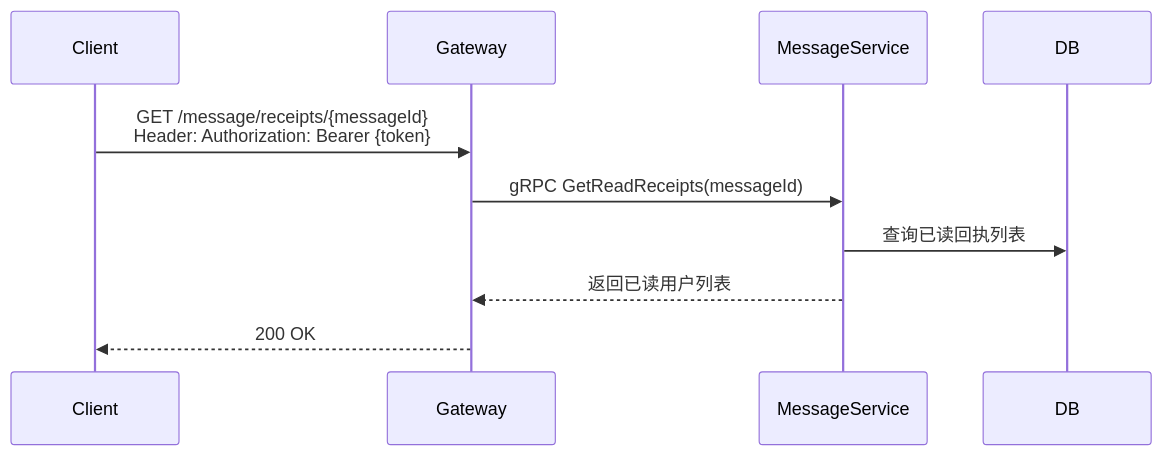
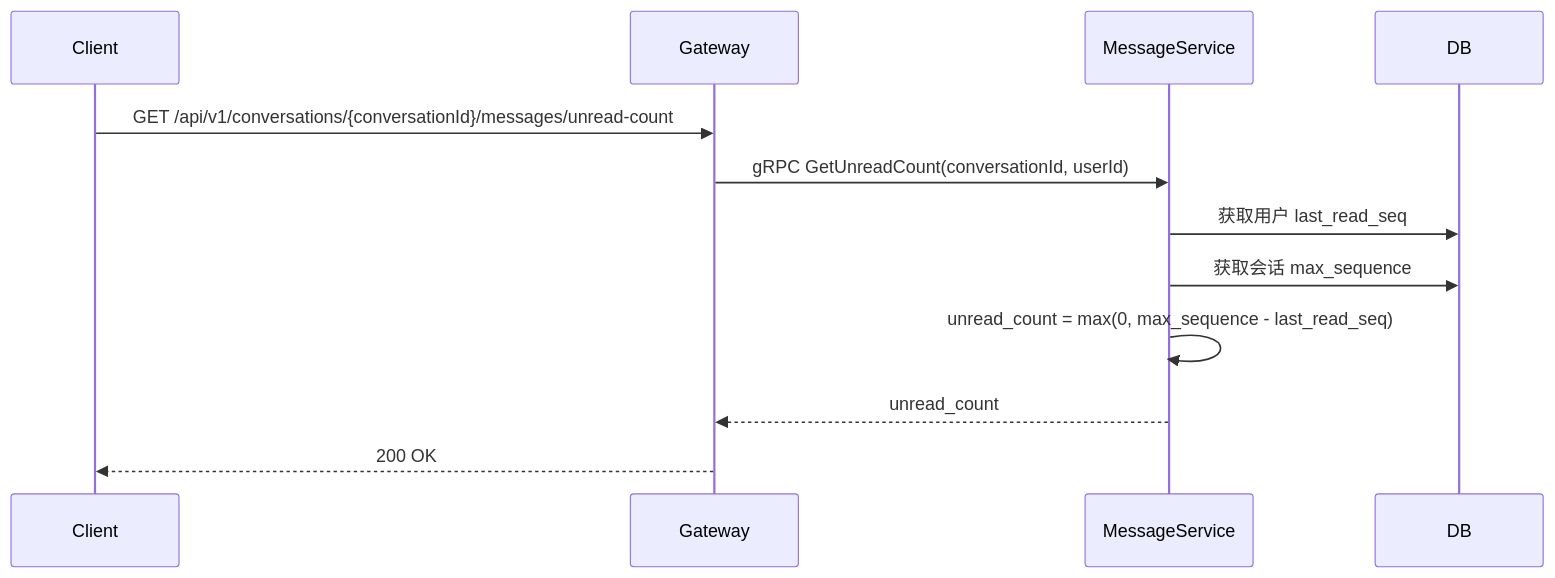
The third of 3 diagrams in docs/design/message/read-receipt.md (anychat-im/anychat-server), drawn with Mermaid before and after one commit. The commit also changed other lines of this file and 6 other files, not shown here.

````diff
--- a/docs/design/message/read-receipt.md
+++ b/docs/design/message/read-receipt.md
@@ -71,13 +183,15 @@
 ```mermaid
 sequenceDiagram
     participant Client
     participant Gateway
     participant MessageService
     participant DB
 
-    Client->>Gateway: GET /message/receipts/{messageId}<br/>Header: Authorization: Bearer {token}
-    Gateway->>MessageService: gRPC GetReadReceipts(messageId)
-    MessageService->>DB: 查询已读回执列表
-    MessageService-->>Gateway: 返回已读用户列表
+    Client->>Gateway: GET /api/v1/conversations/{conversationId}/messages/unread-count
+    Gateway->>MessageService: gRPC GetUnreadCount(conversationId, userId)
+    MessageService->>DB: 获取用户 last_read_seq
+    MessageService->>DB: 获取会话 max_sequence
+    MessageService->>MessageService: unread_count = max(0, max_sequence - last_read_seq)
+    MessageService-->>Gateway: unread_count
     Gateway-->>Client: 200 OK
 ```
````
